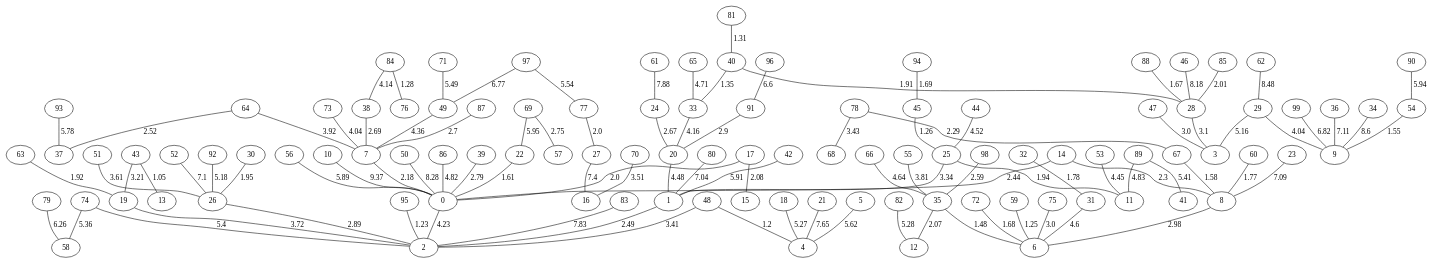
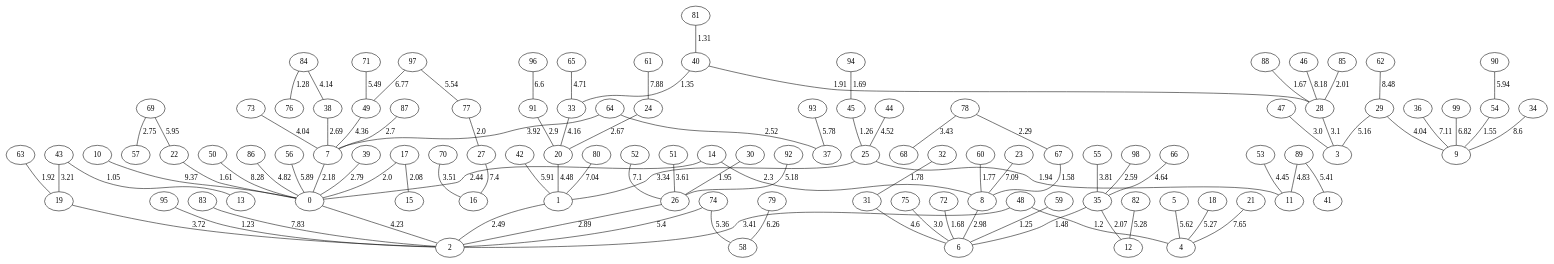
The diagram in Proyecto 4/Grafos MST/grafo_Dorogovtsev-Mendes_100_no dirigido_kruskal_inverso.gv (amorac4/DAA24), drawn with Graphviz before and after one commit. The commit also changed other lines of this file and 62 other files, not shown here.

```diff
--- a/Proyecto 4/Grafos MST/grafo_Dorogovtsev-Mendes_100_no dirigido_kruskal_inverso.gv
+++ b/Proyecto 4/Grafos MST/grafo_Dorogovtsev-Mendes_100_no dirigido_kruskal_inverso.gv
@@ -1,104 +1,104 @@
 graph G{
+"91";
+"4";
+"45";
+"79";
+"26";
+"95";
+"7";
+"98";
+"64";
+"31";
+"20";
+"75";
+"38";
+"6";
+"77";
+"63";
+"87";
+"25";
+"15";
+"13";
+"80";
+"28";
+"97";
+"36";
+"24";
+"65";
+"76";
+"5";
+"68";
+"16";
+"83";
+"81";
+"8";
+"52";
+"86";
+"14";
+"18";
+"59";
+"23";
+"1";
+"35";
+"88";
+"19";
+"82";
+"33";
+"47";
+"21";
 "99";
+"51";
+"30";
+"32";
+"93";
+"74";
+"17";
+"39";
+"56";
+"54";
+"78";
+"40";
+"37";
+"53";
+"22";
+"11";
+"58";
+"0";
+"57";
+"60";
+"94";
+"44";
 "49";
-"60";
-"68";
-"74";
-"5";
+"10";
+"48";
+"34";
+"46";
+"70";
+"2";
+"67";
+"89";
+"66";
+"27";
+"3";
+"85";
+"92";
+"96";
+"90";
 "9";
-"2";
-"23";
-"56";
-"33";
-"94";
-"6";
-"79";
-"67";
-"83";
-"18";
-"47";
+"29";
+"62";
+"55";
+"72";
+"42";
+"12";
+"84";
 "61";
-"30";
-"27";
-"76";
-"88";
-"10";
-"7";
-"22";
-"91";
-"29";
-"44";
-"12";
-"13";
-"36";
-"93";
-"21";
-"15";
-"40";
-"39";
-"16";
-"63";
-"32";
-"55";
-"97";
-"64";
-"51";
-"77";
-"3";
-"65";
-"25";
-"58";
-"98";
-"14";
-"46";
-"52";
-"19";
-"75";
-"8";
-"57";
-"17";
-"66";
-"73";
-"84";
-"26";
-"38";
-"96";
-"80";
-"31";
-"70";
-"48";
+"71";
+"43";
+"69";
 "50";
 "41";
-"35";
-"24";
-"4";
-"34";
-"95";
-"42";
-"85";
-"53";
-"72";
-"11";
-"92";
-"37";
-"1";
-"89";
-"71";
-"62";
-"45";
-"86";
-"43";
-"82";
-"59";
-"69";
-"20";
-"0";
-"87";
-"78";
-"54";
-"28";
-"81";
-"90";
+"73";
 "10"--"0"[label="9.37"];
 "34"--"9"[label="8.6"];
 "62"--"29"[label="8.48"];
@@ -175,8 +175,8 @@
 "17"--"15"[label="2.08"];
 "35"--"12"[label="2.07"];
 "85"--"28"[label="2.01"];
+"77"--"27"[label="2.0"];
 "17"--"0"[label="2.0"];
-"77"--"27"[label="2.0"];
 "30"--"26"[label="1.95"];
 "25"--"11"[label="1.94"];
 "63"--"19"[label="1.92"];
```
